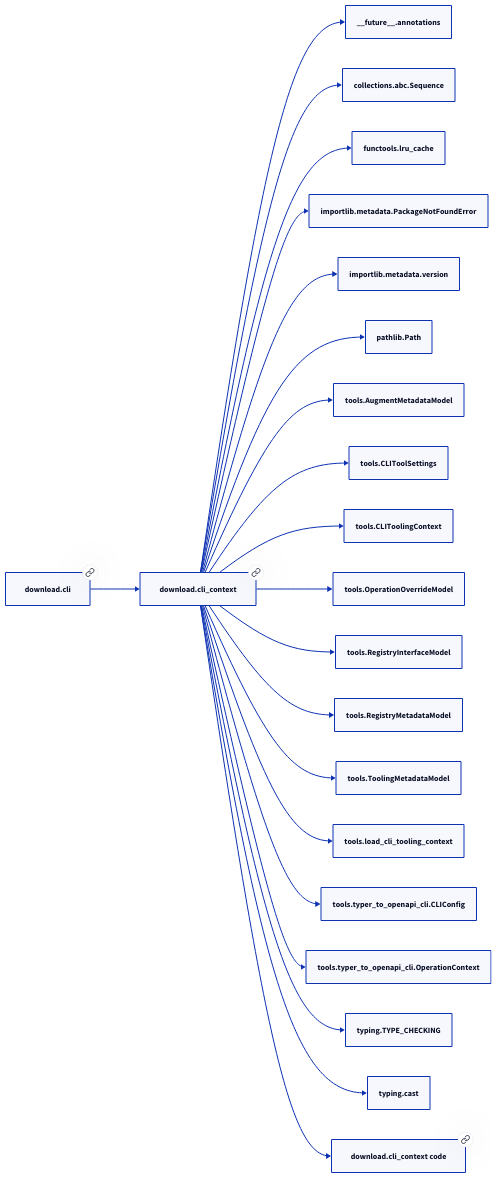
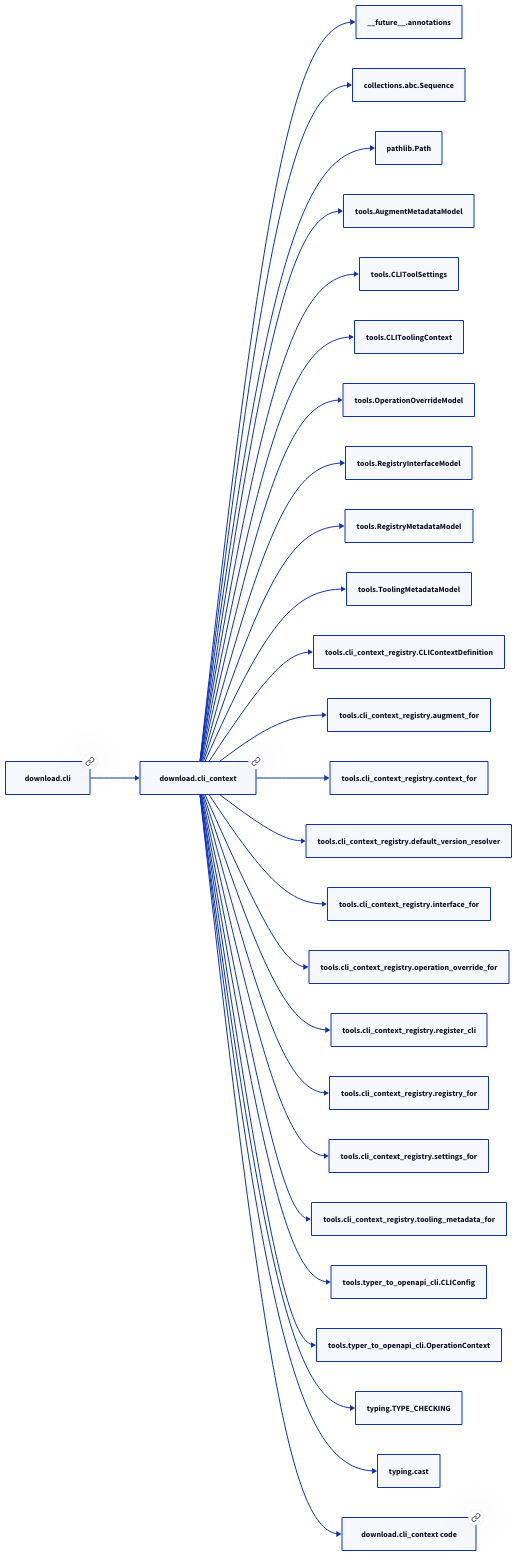
One commit to paul-heyse/kgforge changed the diagram in docs/modules/download/cli_context.md. Above: the diagram before and after it, drawn with D2. The commit also changed other lines of this file and 279 other files, not shown here.

````diff
--- a/docs/modules/download/cli_context.md
+++ b/docs/modules/download/cli_context.md
@@ -69,44 +65,56 @@
 ```d2
 direction: right
 "download.cli_context": "download.cli_context" { link: "./download/cli_context.md" }
 "__future__.annotations": "__future__.annotations"
 "download.cli_context" -> "__future__.annotations"
 "collections.abc.Sequence": "collections.abc.Sequence"
 "download.cli_context" -> "collections.abc.Sequence"
-"functools.lru_cache": "functools.lru_cache"
-"download.cli_context" -> "functools.lru_cache"
-"importlib.metadata.PackageNotFoundError": "importlib.metadata.PackageNotFoundError"
-"download.cli_context" -> "importlib.metadata.PackageNotFoundError"
-"importlib.metadata.version": "importlib.metadata.version"
-"download.cli_context" -> "importlib.metadata.version"
 "pathlib.Path": "pathlib.Path"
 "download.cli_context" -> "pathlib.Path"
 "tools.AugmentMetadataModel": "tools.AugmentMetadataModel"
 "download.cli_context" -> "tools.AugmentMetadataModel"
 "tools.CLIToolSettings": "tools.CLIToolSettings"
 "download.cli_context" -> "tools.CLIToolSettings"
 "tools.CLIToolingContext": "tools.CLIToolingContext"
 "download.cli_context" -> "tools.CLIToolingContext"
 "tools.OperationOverrideModel": "tools.OperationOverrideModel"
 "download.cli_context" -> "tools.OperationOverrideModel"
 "tools.RegistryInterfaceModel": "tools.RegistryInterfaceModel"
 "download.cli_context" -> "tools.RegistryInterfaceModel"
 "tools.RegistryMetadataModel": "tools.RegistryMetadataModel"
 "download.cli_context" -> "tools.RegistryMetadataModel"
 "tools.ToolingMetadataModel": "tools.ToolingMetadataModel"
 "download.cli_context" -> "tools.ToolingMetadataModel"
-"tools.load_cli_tooling_context": "tools.load_cli_tooling_context"
-"download.cli_context" -> "tools.load_cli_tooling_context"
+"tools.cli_context_registry.CLIContextDefinition": "tools.cli_context_registry.CLIContextDefinition"
+"download.cli_context" -> "tools.cli_context_registry.CLIContextDefinition"
+"tools.cli_context_registry.augment_for": "tools.cli_context_registry.augment_for"
+"download.cli_context" -> "tools.cli_context_registry.augment_for"
+"tools.cli_context_registry.context_for": "tools.cli_context_registry.context_for"
+"download.cli_context" -> "tools.cli_context_registry.context_for"
+"tools.cli_context_registry.default_version_resolver": "tools.cli_context_registry.default_version_resolver"
+"download.cli_context" -> "tools.cli_context_registry.default_version_resolver"
+"tools.cli_context_registry.interface_for": "tools.cli_context_registry.interface_for"
+"download.cli_context" -> "tools.cli_context_registry.interface_for"
+"tools.cli_context_registry.operation_override_for": "tools.cli_context_registry.operation_override_for"
+"download.cli_context" -> "tools.cli_context_registry.operation_override_for"
+"tools.cli_context_registry.register_cli": "tools.cli_context_registry.register_cli"
+"download.cli_context" -> "tools.cli_context_registry.register_cli"
+"tools.cli_context_registry.registry_for": "tools.cli_context_registry.registry_for"
+"download.cli_context" -> "tools.cli_context_registry.registry_for"
+"tools.cli_context_registry.settings_for": "tools.cli_context_registry.settings_for"
+"download.cli_context" -> "tools.cli_context_registry.settings_for"
+"tools.cli_context_registry.tooling_metadata_for": "tools.cli_context_registry.tooling_metadata_for"
+"download.cli_context" -> "tools.cli_context_registry.tooling_metadata_for"
 "tools.typer_to_openapi_cli.CLIConfig": "tools.typer_to_openapi_cli.CLIConfig"
 "download.cli_context" -> "tools.typer_to_openapi_cli.CLIConfig"
 "tools.typer_to_openapi_cli.OperationContext": "tools.typer_to_openapi_cli.OperationContext"
 "download.cli_context" -> "tools.typer_to_openapi_cli.OperationContext"
 "typing.TYPE_CHECKING": "typing.TYPE_CHECKING"
 "download.cli_context" -> "typing.TYPE_CHECKING"
 "typing.cast": "typing.cast"
 "download.cli_context" -> "typing.cast"
 "download.cli": "download.cli" { link: "./download/cli.md" }
 "download.cli" -> "download.cli_context"
 "download.cli_context_code": "download.cli_context code" { link: "https://github.com/kgfoundry/kgfoundry/blob/main/src/download/cli_context.py" }
 "download.cli_context" -> "download.cli_context_code" { style: dashed }
 ```
````
